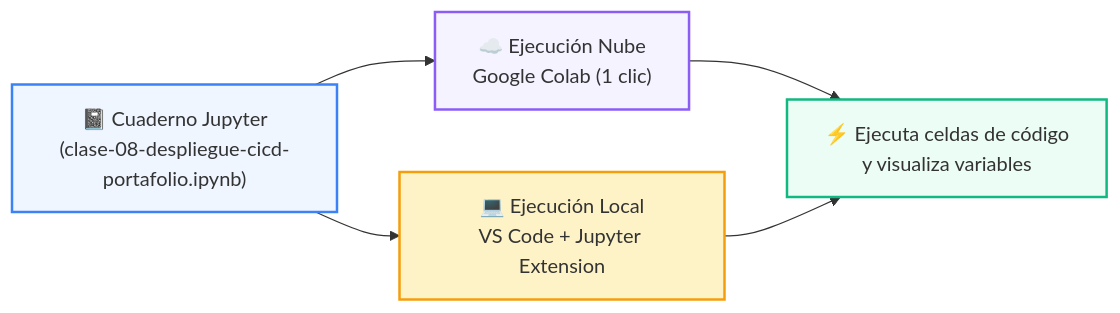
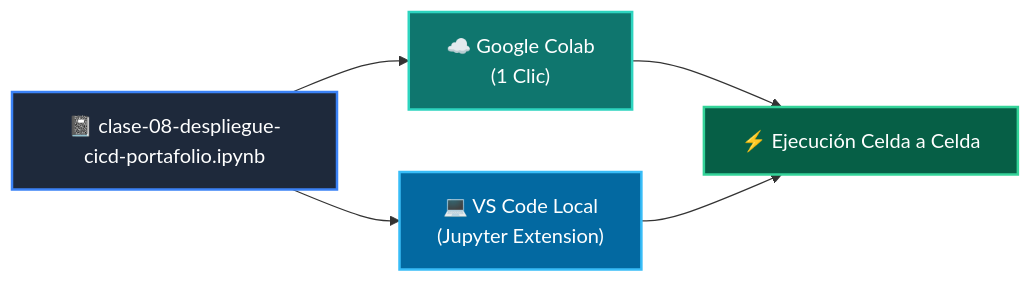
One commit to wisrovi/wisrovi-python changed the diagram in 04-proyecto-final/clase-08-despliegue-cicd-portafolio/notebook/README.md. Above: the diagram before and after it, drawn with Mermaid. The commit also changed other lines of this file and 271 other files, not shown here.

Commit message:
docs: rewrite all README.md files with bespoke topic-specific Mermaid diagrams and remove repetitive boilerplate

````diff
--- a/04-proyecto-final/clase-08-despliegue-cicd-portafolio/notebook/README.md
+++ b/04-proyecto-final/clase-08-despliegue-cicd-portafolio/notebook/README.md
@@ -14,12 +12,12 @@
 ```mermaid
 flowchart LR
-    NB["📓 Cuaderno Jupyter<br/>(clase-08-despliegue-cicd-portafolio.ipynb)"] --> COLAB["☁️ Ejecución Nube<br/>Google Colab (1 clic)"]
-    NB --> LOCAL["💻 Ejecución Local<br/>VS Code + Jupyter Extension"]
-    COLAB --> RUN["⚡ Ejecuta celdas de código<br/>y visualiza variables"]
+    NB["📓 clase-08-despliegue-cicd-portafolio.ipynb"] --> COLAB["☁️ Google Colab<br/>(1 Clic)"]
+    NB --> LOCAL["💻 VS Code Local<br/>(Jupyter Extension)"]
+    COLAB --> RUN["⚡ Ejecución Celda a Celda"]
     LOCAL --> RUN
 
-    style NB fill:#eff6ff,stroke:#3b82f6,stroke-width:2px
-    style COLAB fill:#f5f3ff,stroke:#8b5cf6,stroke-width:2px
-    style LOCAL fill:#fef3c7,stroke:#f59e0b,stroke-width:2px
-    style RUN fill:#ecfdf5,stroke:#10b981,stroke-width:2px
+    style NB fill:#1e293b,color:#fff,stroke:#3b82f6,stroke-width:2px
+    style COLAB fill:#0f766e,color:#fff,stroke:#2dd4bf,stroke-width:2px
+    style LOCAL fill:#0369a1,color:#fff,stroke:#38bdf8,stroke-width:2px
+    style RUN fill:#065f46,color:#fff,stroke:#34d399,stroke-width:2px
 ```
````
